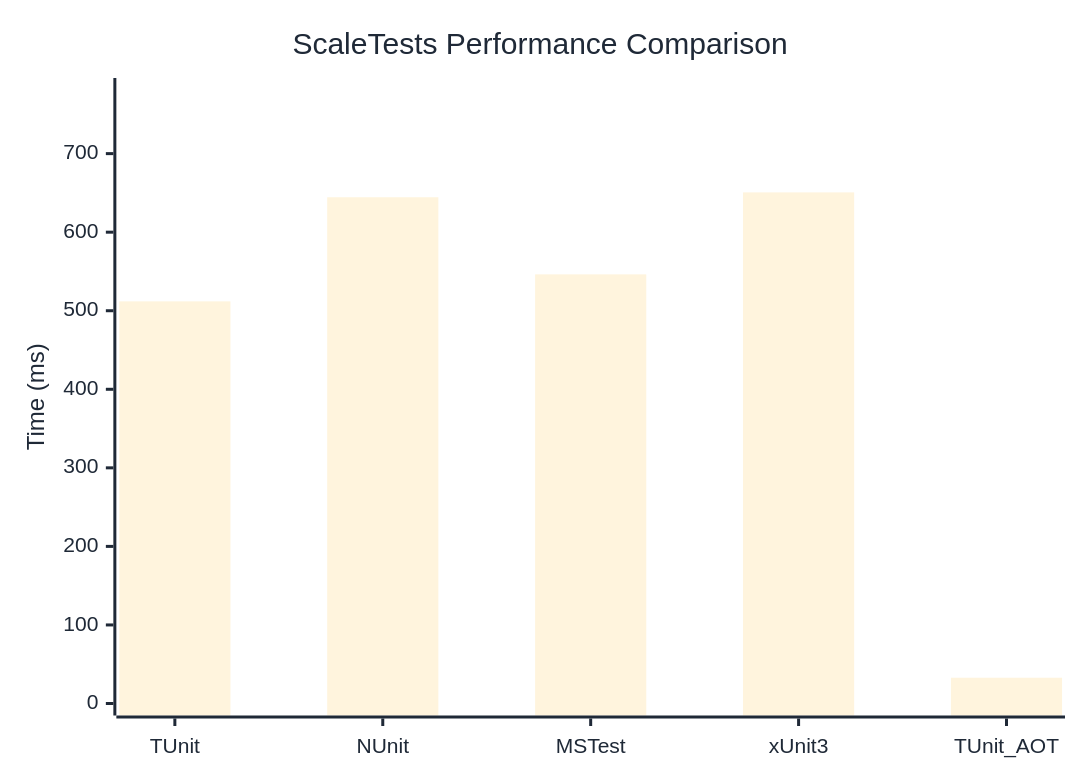
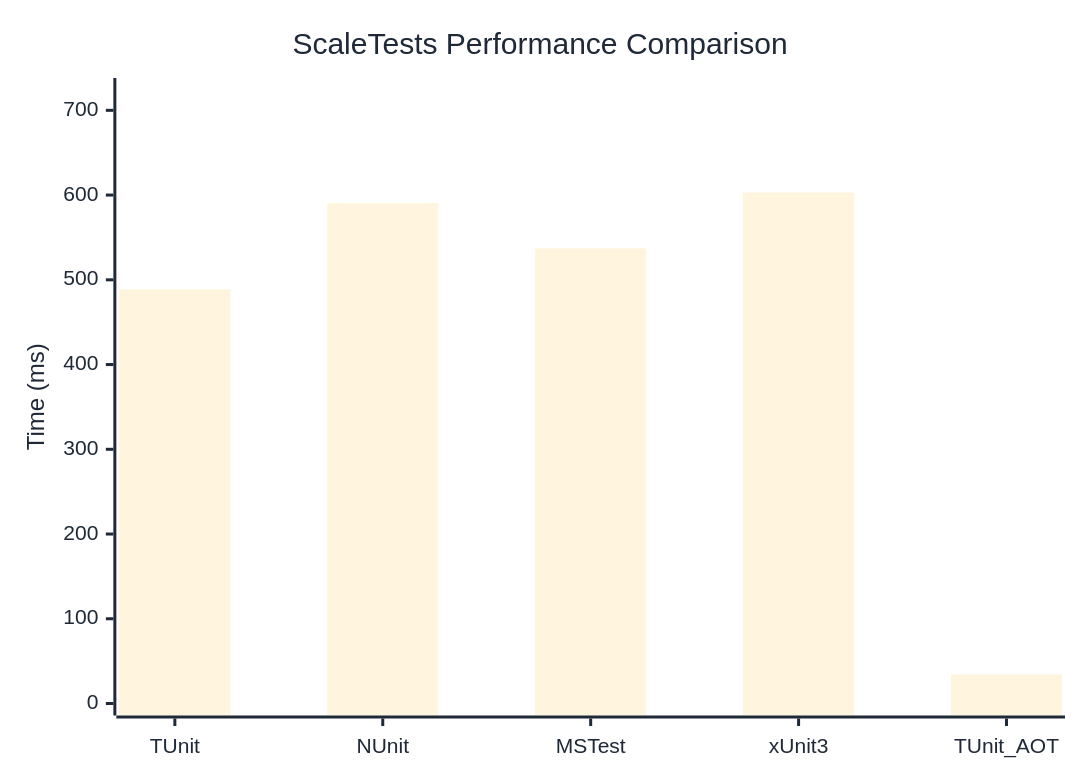
Before and after one commit to thomhurst/TUnit: the diagram in docs/docs/benchmarks/ScaleTests.md, drawn with Mermaid. The commit also changed other lines of this file and 17 other files, not shown here.

````diff
--- a/docs/docs/benchmarks/ScaleTests.md
+++ b/docs/docs/benchmarks/ScaleTests.md
@@ -27,37 +27,37 @@
 ```mermaid
 %%{init: {
   'theme':'base',
   'themeVariables': {
     'primaryColor': '#2563eb',
     'primaryTextColor': '#1f2937',
     'primaryBorderColor': '#1e40af',
     'lineColor': '#6b7280',
     'secondaryColor': '#7c3aed',
     'tertiaryColor': '#dc2626',
     'background': '#ffffff',
     'mainBkg': '#2563eb',
     'secondBkg': '#7c3aed',
     'tertiaryBkg': '#dc2626',
     'clusterBkg': '#f3f4f6',
     'edgeLabelBackground': '#ffffff',
     'tertiaryTextColor': '#1f2937',
     'pie1': '#2563eb',
     'pie2': '#7c3aed',
     'pie3': '#dc2626',
     'pie4': '#f59e0b',
     'pie5': '#10b981',
     'pie6': '#06b6d4',
     'pie7': '#ec4899',
     'pie8': '#6366f1',
     'pie9': '#84cc16',
     'pie10': '#f97316',
     'pie11': '#14b8a6',
     'pie12': '#a855f7'
   }
 }}%%
 xychart-beta
   title "ScaleTests Performance Comparison"
   x-axis ["TUnit", "NUnit", "MSTest", "xUnit3", "TUnit_AOT"]
-  y-axis "Time (ms)" 0 --> 781
-  bar [511.94, 644.46, 546.3, 650.65, 32.82]
+  y-axis "Time (ms)" 0 --> 724
+  bar [488.83, 590.74, 537.16, 602.86, 34.33]
 ```
````
